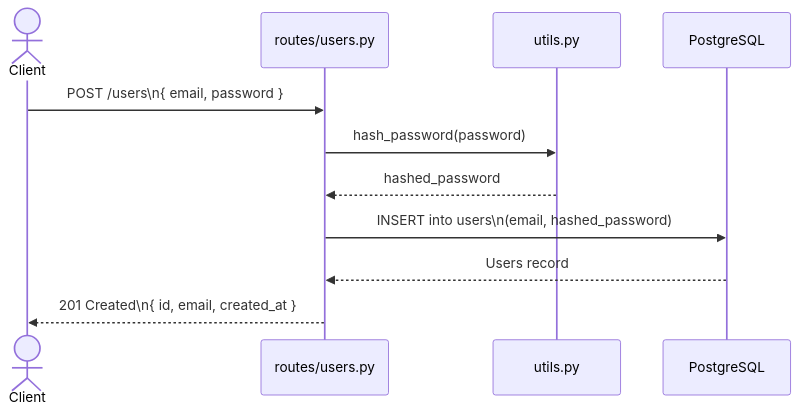
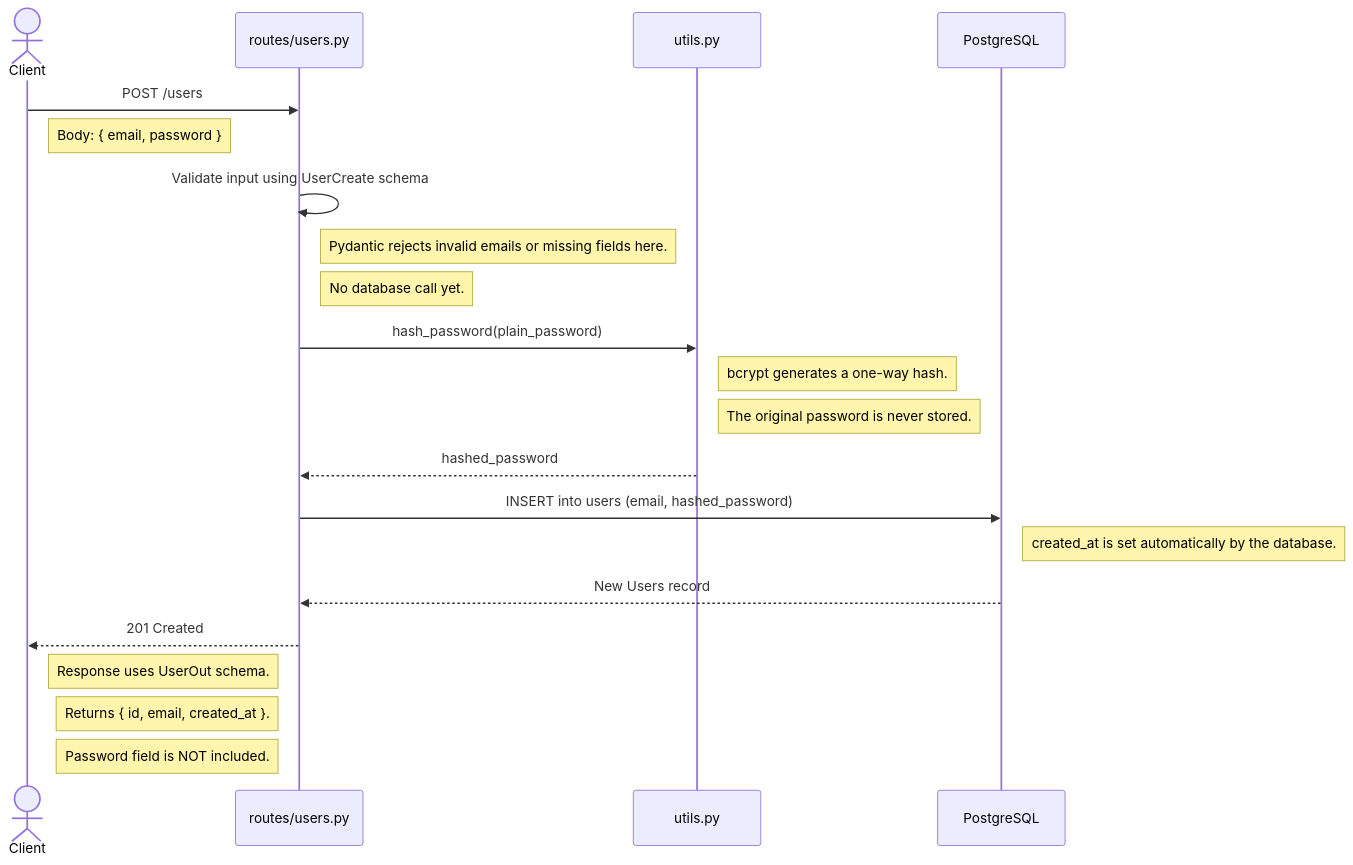
Before and after one commit to john3lizama/Music_Practice_Companion: the first of 7 diagrams in docs/05_sequence_diagrams.md, drawn with Mermaid. The commit also changed other lines of this file and 5 other files, not shown here.

Commit message:
Enhance audio data pipeline documentation: clarify purpose, structure, and flow; detail each processing step with inputs, outputs, and algorithms; improve feedback generation and scoring sections; and outline implementation order and future enhancements.

````diff
--- a/docs/05_sequence_diagrams.md
+++ b/docs/05_sequence_diagrams.md
@@ -11,14 +39,29 @@
 ```mermaid
 sequenceDiagram
     actor Client
-    participant Route as routes/users.py
-    participant Utils as utils.py
-    participant DB as PostgreSQL
 
-    Client->>Route: POST /users\n{ email, password }
-    Route->>Utils: hash_password(password)
+    participant Route    as routes/users.py
+    participant Utils    as utils.py
+    participant DB       as PostgreSQL
+
+    Client->>Route: POST /users
+    Note right of Client: Body: { email, password }
+
+    Route->>Route: Validate input using UserCreate schema
+    Note right of Route: Pydantic rejects invalid emails or missing fields here.
+    Note right of Route: No database call yet.
+
+    Route->>Utils: hash_password(plain_password)
+    Note right of Utils: bcrypt generates a one-way hash.
+    Note right of Utils: The original password is never stored.
     Utils-->>Route: hashed_password
-    Route->>DB: INSERT into users\n(email, hashed_password)
-    DB-->>Route: Users record
-    Route-->>Client: 201 Created\n{ id, email, created_at }
+
+    Route->>DB: INSERT into users (email, hashed_password)
+    Note right of DB: created_at is set automatically by the database.
+    DB-->>Route: New Users record
+
+    Route-->>Client: 201 Created
+    Note left of Route: Response uses UserOut schema.
+    Note left of Route: Returns { id, email, created_at }.
+    Note left of Route: Password field is NOT included.
 ```
````
